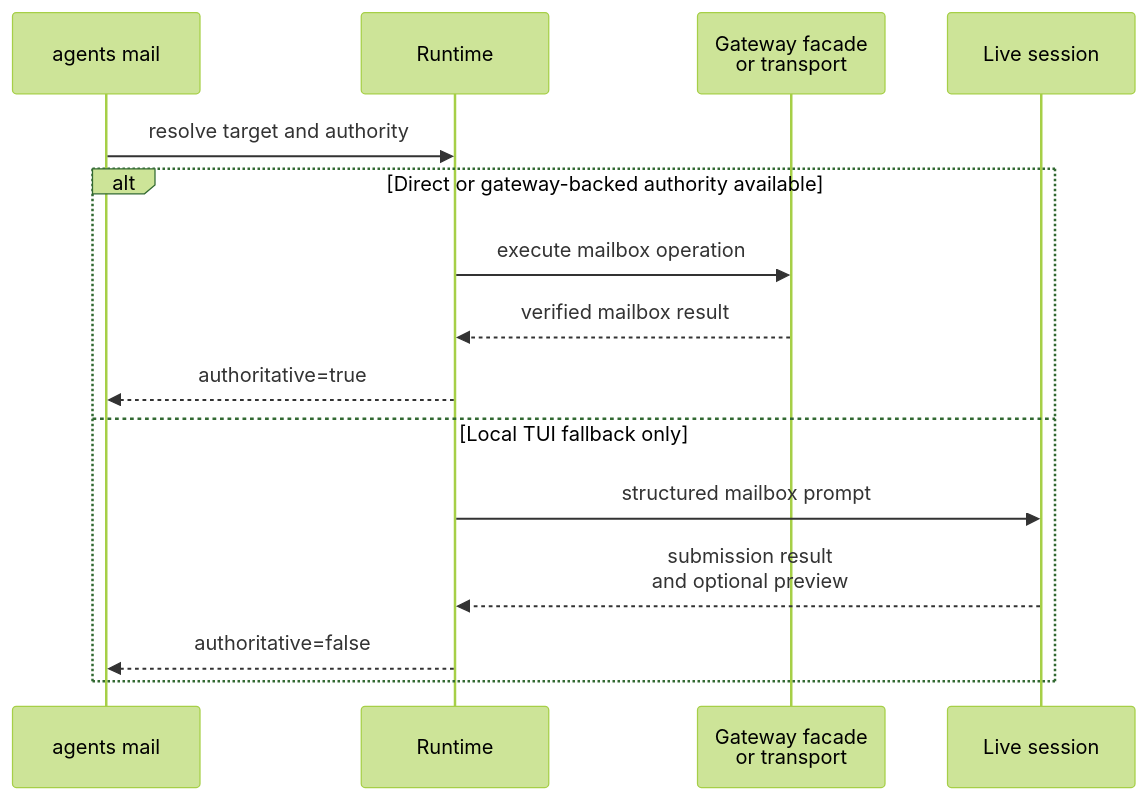
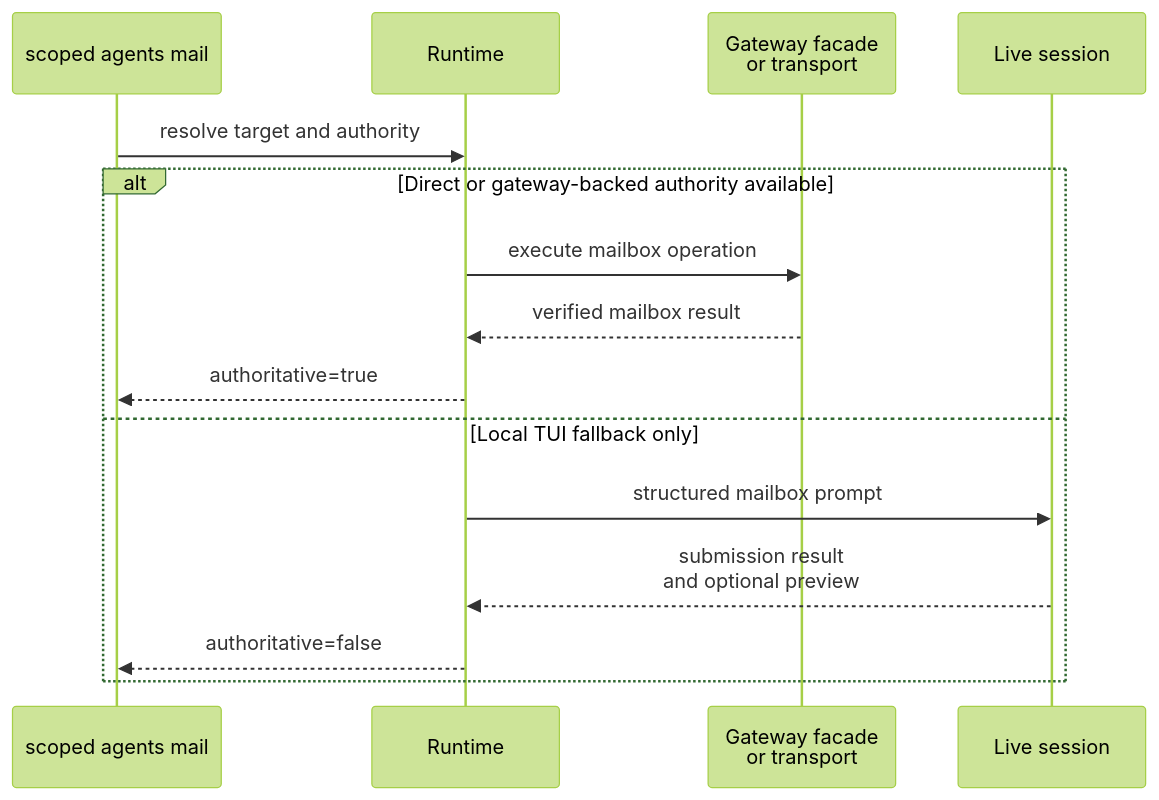
Before and after one commit to igamenovoer/houmao: the diagram in docs/reference/mailbox/contracts/runtime-contracts.md, drawn with Mermaid (forest theme). The commit also changed other lines of this file and 151 other files, not shown here.

````diff
--- a/docs/reference/mailbox/contracts/runtime-contracts.md
+++ b/docs/reference/mailbox/contracts/runtime-contracts.md
@@ -178,17 +178,17 @@
 ```mermaid
 sequenceDiagram
-    participant CLI as agents mail
+    participant CLI as scoped agents mail
     participant RT as Runtime
     participant MB as Gateway facade<br/>or transport
     participant Ses as Live session
     CLI->>RT: resolve target and authority
     alt Direct or gateway-backed authority available
         RT->>MB: execute mailbox operation
         MB-->>RT: verified mailbox result
         RT-->>CLI: authoritative=true
     else Local TUI fallback only
         RT->>Ses: structured mailbox prompt
         Ses-->>RT: submission result<br/>and optional preview
         RT-->>CLI: authoritative=false
     end
 ```
````
